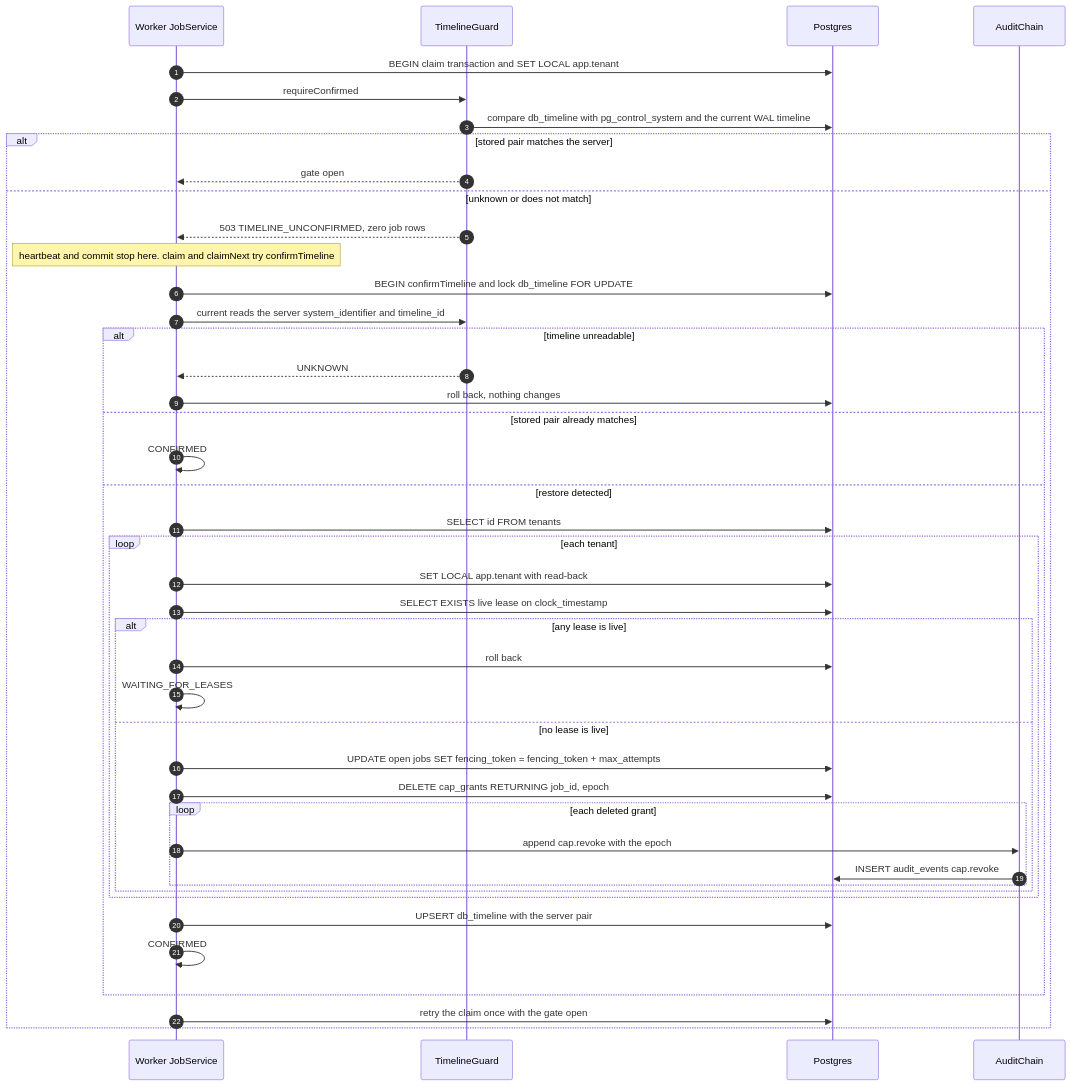
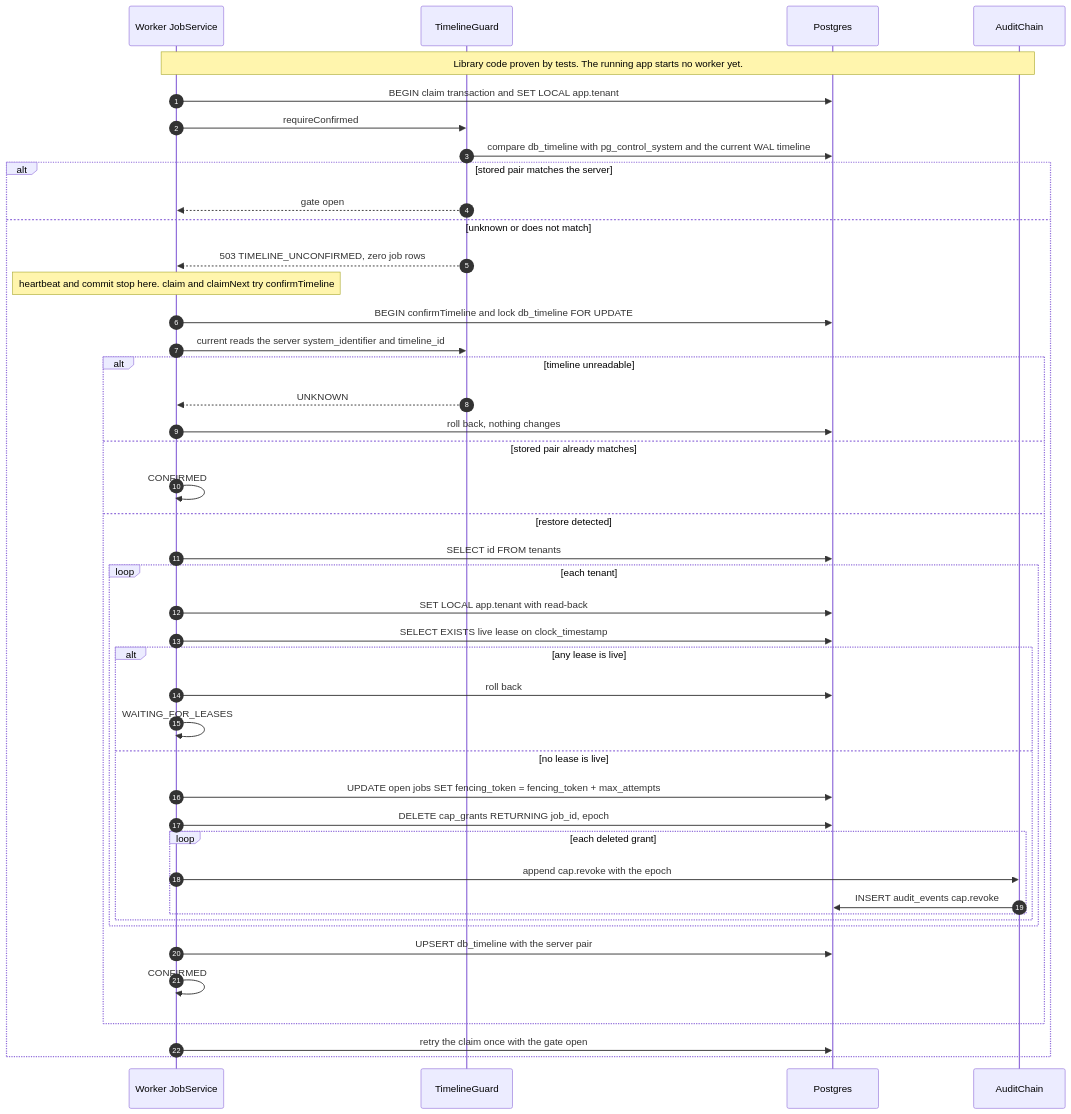
One commit to G1DO/anvil changed the diagram in docs/architecture/flow-restore-confirm.mmd. Above: the diagram before and after it, drawn with Mermaid. The commit also changed 10 other files, not shown here.

First line of the commit message:
Correct what the docs say about running code, tests and risks

```diff
--- a/docs/architecture/flow-restore-confirm.mmd
+++ b/docs/architecture/flow-restore-confirm.mmd
@@ -1,44 +1,45 @@
 sequenceDiagram
     autonumber
     participant W as Worker JobService
     participant G as TimelineGuard
     participant D as Postgres
     participant U as AuditChain
+    Note over W,U: Library code proven by tests. The running app starts no worker yet.
 
     W->>D: BEGIN claim transaction and SET LOCAL app.tenant
     W->>G: requireConfirmed
     G->>D: compare db_timeline with pg_control_system and the current WAL timeline
     alt stored pair matches the server
         G-->>W: gate open
     else unknown or does not match
         G-->>W: 503 TIMELINE_UNCONFIRMED, zero job rows
         Note over W: heartbeat and commit stop here. claim and claimNext try confirmTimeline
         W->>D: BEGIN confirmTimeline and lock db_timeline FOR UPDATE
         W->>G: current reads the server system_identifier and timeline_id
         alt timeline unreadable
             G-->>W: UNKNOWN
             W->>D: roll back, nothing changes
         else stored pair already matches
             W->>W: CONFIRMED
         else restore detected
             W->>D: SELECT id FROM tenants
             loop each tenant
                 W->>D: SET LOCAL app.tenant with read-back
                 W->>D: SELECT EXISTS live lease on clock_timestamp
                 alt any lease is live
                     W->>D: roll back
                     W->>W: WAITING_FOR_LEASES
                 else no lease is live
                     W->>D: UPDATE open jobs SET fencing_token = fencing_token + max_attempts
                     W->>D: DELETE cap_grants RETURNING job_id, epoch
                     loop each deleted grant
                         W->>U: append cap.revoke with the epoch
                         U->>D: INSERT audit_events cap.revoke
                     end
                 end
             end
             W->>D: UPSERT db_timeline with the server pair
             W->>W: CONFIRMED
         end
         W->>D: retry the claim once with the gate open
     end
```
